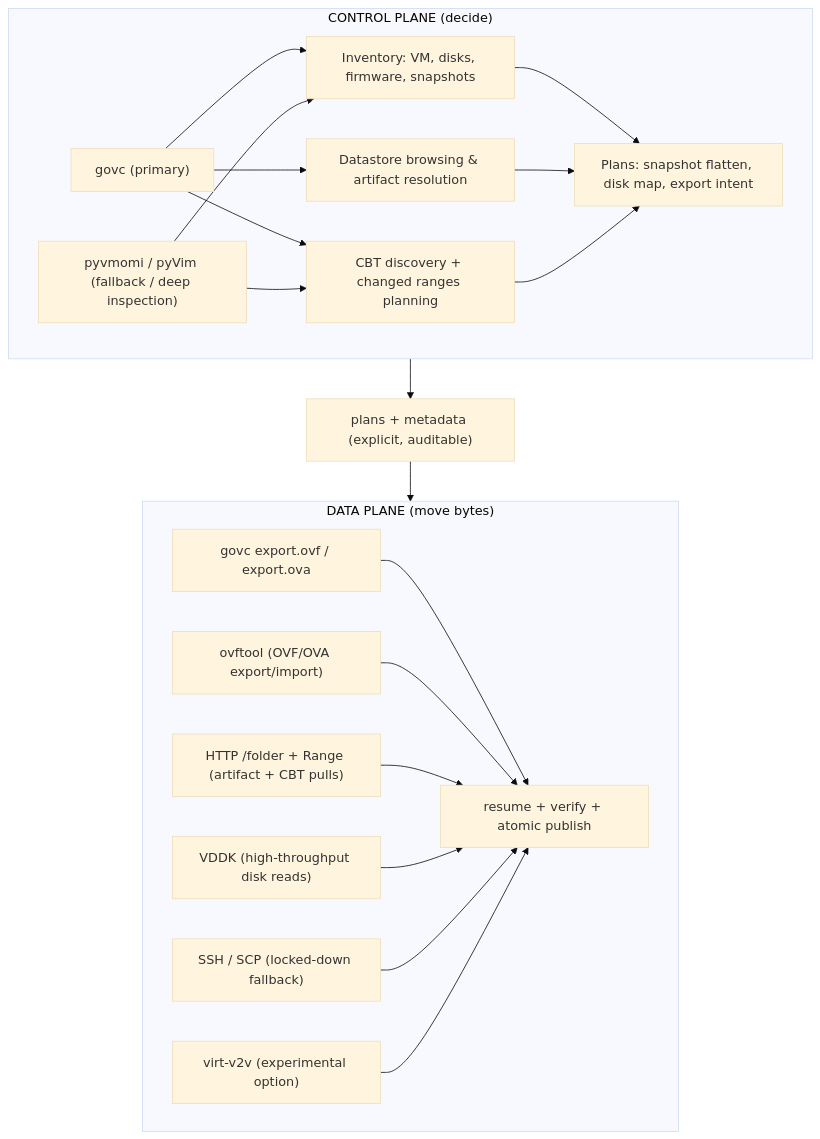
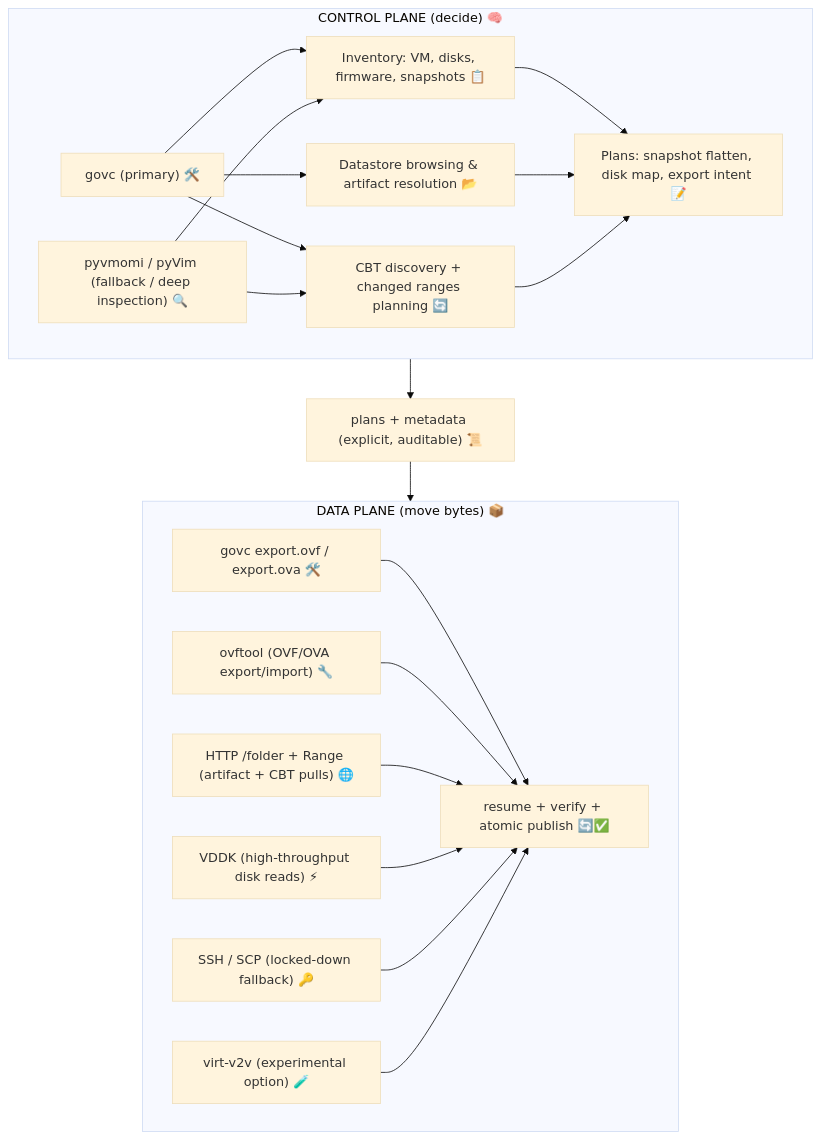
One commit to ssahani/hyper2kvm changed the diagram in README.md. Above: the diagram before and after it, drawn with Mermaid (base theme). The commit also changed other lines of this file, not shown here.

`````diff
--- a/README.md
+++ b/README.md
@@ -160,41 +128,36 @@
 ```mermaid
 flowchart TB
-  subgraph CP["CONTROL PLANE (decide)"]
-    GOVC["govc (primary)"]
-    PYVM["pyvmomi / pyVim (fallback / deep inspection)"]
-    INV["Inventory: VM, disks, firmware, snapshots"]
-    PLAN["Plans: snapshot flatten, disk map, export intent"]
-    DS["Datastore browsing & artifact resolution"]
-    CBT["CBT discovery + changed ranges planning"]
-
+  subgraph CP["CONTROL PLANE (decide) 🧠"]
+    GOVC["govc (primary) 🛠️"]
+    PYVM["pyvmomi / pyVim (fallback / deep inspection) 🔍"]
+    INV["Inventory: VM, disks, firmware, snapshots 📋"]
+    PLAN["Plans: snapshot flatten, disk map, export intent 📝"]
+    DS["Datastore browsing & artifact resolution 📂"]
+    CBT["CBT discovery + changed ranges planning 🔄"]
     GOVC --> INV
     GOVC --> DS
     GOVC --> CBT
     PYVM --> INV
     PYVM --> CBT
     INV --> PLAN
     DS --> PLAN
     CBT --> PLAN
   end
-
-  META["plans + metadata (explicit, auditable)"]
-
-  subgraph DP["DATA PLANE (move bytes)"]
-    GOVCEXP["govc export.ovf / export.ova"]
-    OVFTOOL["ovftool (OVF/OVA export/import)"]
-    HTTP["HTTP /folder + Range (artifact + CBT pulls)"]
-    VDDK["VDDK (high-throughput disk reads)"]
-    SSH["SSH / SCP (locked-down fallback)"]
-    V2V["virt-v2v (experimental option)"]
-    RESUME["resume + verify + atomic publish"]
+  META["plans + metadata (explicit, auditable) 📜"]
+  subgraph DP["DATA PLANE (move bytes) 📦"]
+    GOVCEXP["govc export.ovf / export.ova 🛠️"]
+    OVFTOOL["ovftool (OVF/OVA export/import) 🔧"]
+    HTTP["HTTP /folder + Range (artifact + CBT pulls) 🌐"]
+    VDDK["VDDK (high-throughput disk reads) ⚡"]
+    SSH["SSH / SCP (locked-down fallback) 🔑"]
+    V2V["virt-v2v (experimental option) 🧪"]
+    RESUME["resume + verify + atomic publish 🔄✅"]
   end
-
   CP --> META --> DP
-
   GOVCEXP --> RESUME
   OVFTOOL --> RESUME
   HTTP --> RESUME
   VDDK --> RESUME
   SSH --> RESUME
   V2V --> RESUME
-````
+```
`````
